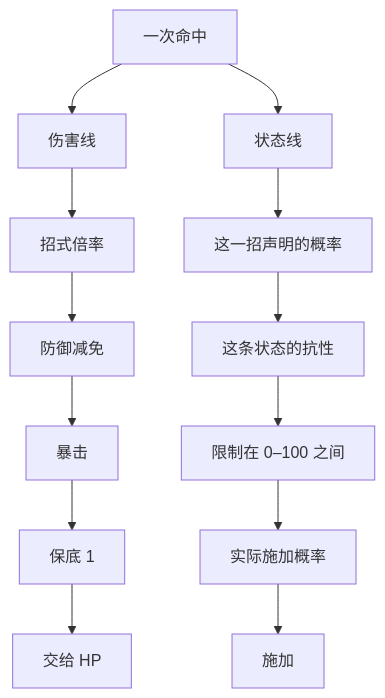
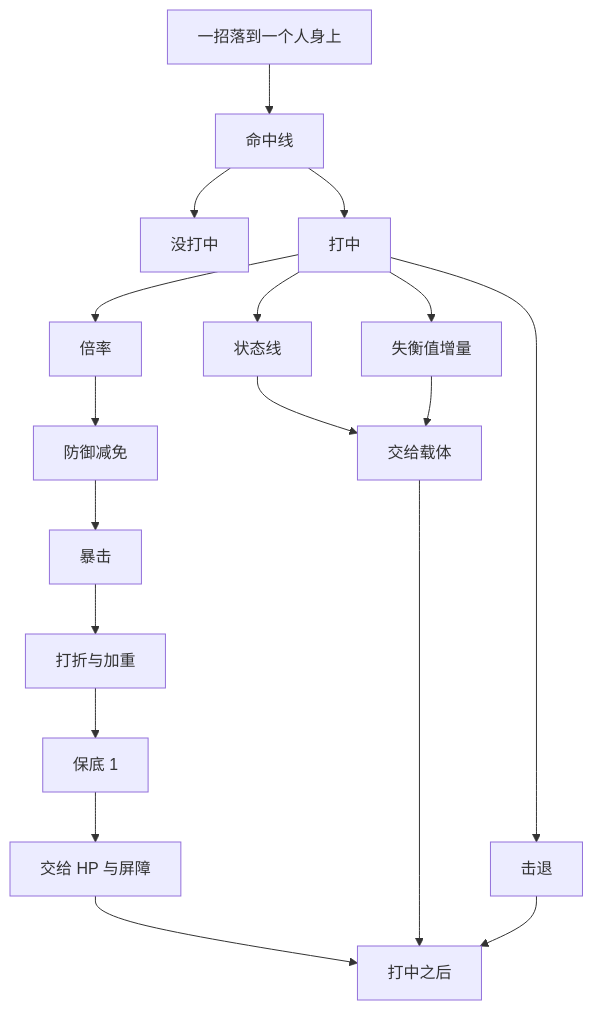
One commit to haohaoxuexiHAOHAO/Tinderhearth-The-Last-Class-Docs changed the diagram in design/伤害系统.md. Above: the diagram before and after it, drawn with Mermaid. The commit also changed other lines of this file and 21 other files, not shown here.

````diff
--- a/design/伤害系统.md
+++ b/design/伤害系统.md
@@ -70,15 +79,20 @@
 ```mermaid
 flowchart TD
-    命中["一次命中"] --> 伤害线
-    命中 --> 状态线
-    伤害线 --> 倍率["招式倍率"]
-    倍率 --> 减免["防御减免"]
-    减免 --> 暴击
-    暴击 --> 保底["保底 1"]
-    保底 --> HP["交给 HP"]
-    状态线 --> 声明["这一招声明的概率"]
-    声明 --> 抗性["这条状态的抗性"]
-    抗性 --> 限制["限制在 0–100 之间"]
-    限制 --> 实际["实际施加概率"]
-    实际 --> 施加
+    落到["一招落到一个人身上"] --> 命中线
+    命中线 --> 没打中
+    命中线 --> 打中
+    打中 --> 倍率
+    倍率 --> 防御减免
+    防御减免 --> 暴击
+    暴击 --> 打折["打折与加重"]
+    打折 --> 保底["保底 1"]
+    保底 --> HP["交给 HP 与屏障"]
+    打中 --> 状态线
+    打中 --> 失衡["失衡值增量"]
+    打中 --> 击退
+    状态线 --> 载体["交给载体"]
+    失衡 --> 载体
+    HP --> 之后["打中之后"]
+    载体 --> 之后
+    击退 --> 之后
 ```
````
